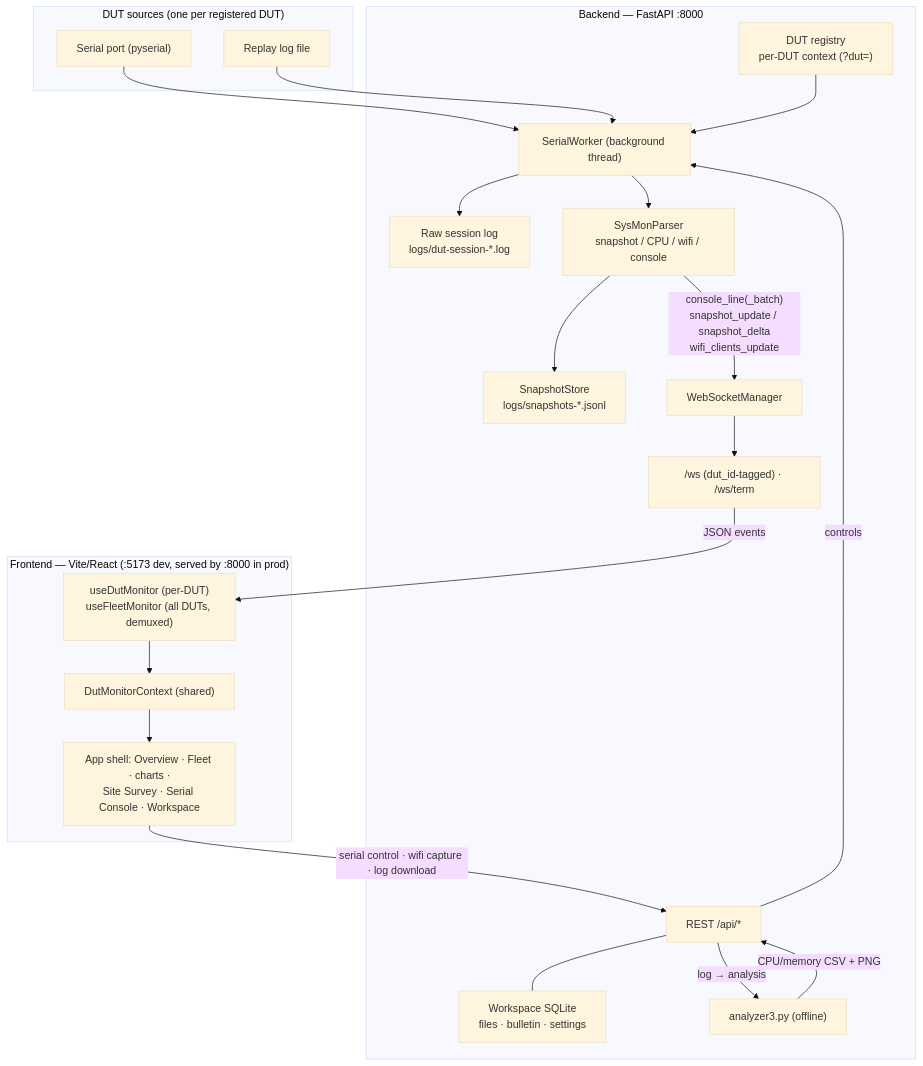
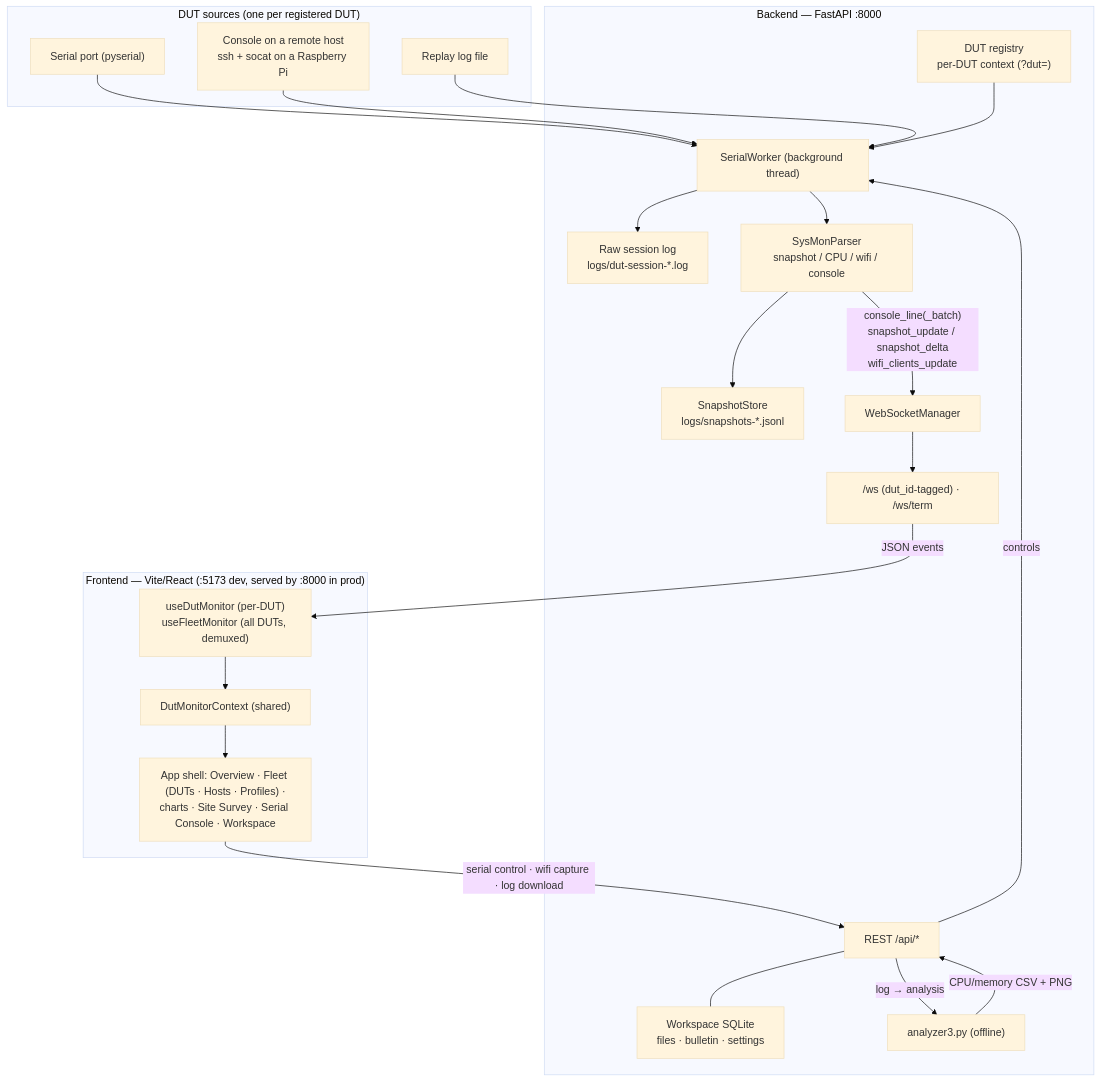
The diagram in README.md (reviealnow/DUT_browser), drawn with Mermaid (base theme) before and after one commit. The commit also changed other lines of this file and 3 other files, not shown here.

````diff
--- a/README.md
+++ b/README.md
@@ -127,39 +129,41 @@
 ```mermaid
 flowchart TD
     subgraph SRC["DUT sources (one per registered DUT)"]
       SER["Serial port (pyserial)"]
+      SSH["Console on a remote host<br/>ssh + socat on a Raspberry Pi"]
       REP["Replay log file"]
     end
 
     subgraph BE["Backend — FastAPI :8000"]
       REG["DUT registry<br/>per-DUT context (?dut=)"]
       SW["SerialWorker (background thread)"]
       LOGF["Raw session log<br/>logs/dut-session-*.log"]
       PARSER["SysMonParser<br/>snapshot / CPU / wifi / console"]
       SS["SnapshotStore<br/>logs/snapshots-*.jsonl"]
       WSM["WebSocketManager"]
       WS["/ws (dut_id-tagged) · /ws/term"]
       REST["REST /api/*"]
       DB["Workspace SQLite<br/>files · bulletin · settings"]
       AN["analyzer3.py (offline)"]
     end
 
     subgraph FE["Frontend — Vite/React (:5173 dev, served by :8000 in prod)"]
       MON["useDutMonitor (per-DUT)<br/>useFleetMonitor (all DUTs, demuxed)"]
       CTX["DutMonitorContext (shared)"]
-      UI["App shell: Overview · Fleet · charts ·<br/>Site Survey · Serial Console · Workspace"]
+      UI["App shell: Overview · Fleet (DUTs · Hosts · Profiles) ·<br/>charts · Site Survey · Serial Console · Workspace"]
     end
 
     SER --> SW
+    SSH --> SW
     REP --> SW
     REG --> SW
     SW --> LOGF
     SW --> PARSER
     PARSER --> SS
     PARSER -->|"console_line(_batch)<br/>snapshot_update / snapshot_delta<br/>wifi_clients_update"| WSM --> WS
     WS -->|JSON events| MON --> CTX --> UI
     UI -->|serial control · wifi capture · log download| REST
     REST -->|controls| SW
     REST --- DB
     REST -->|log → analysis| AN -->|CPU/memory CSV + PNG| REST
 ```
````
